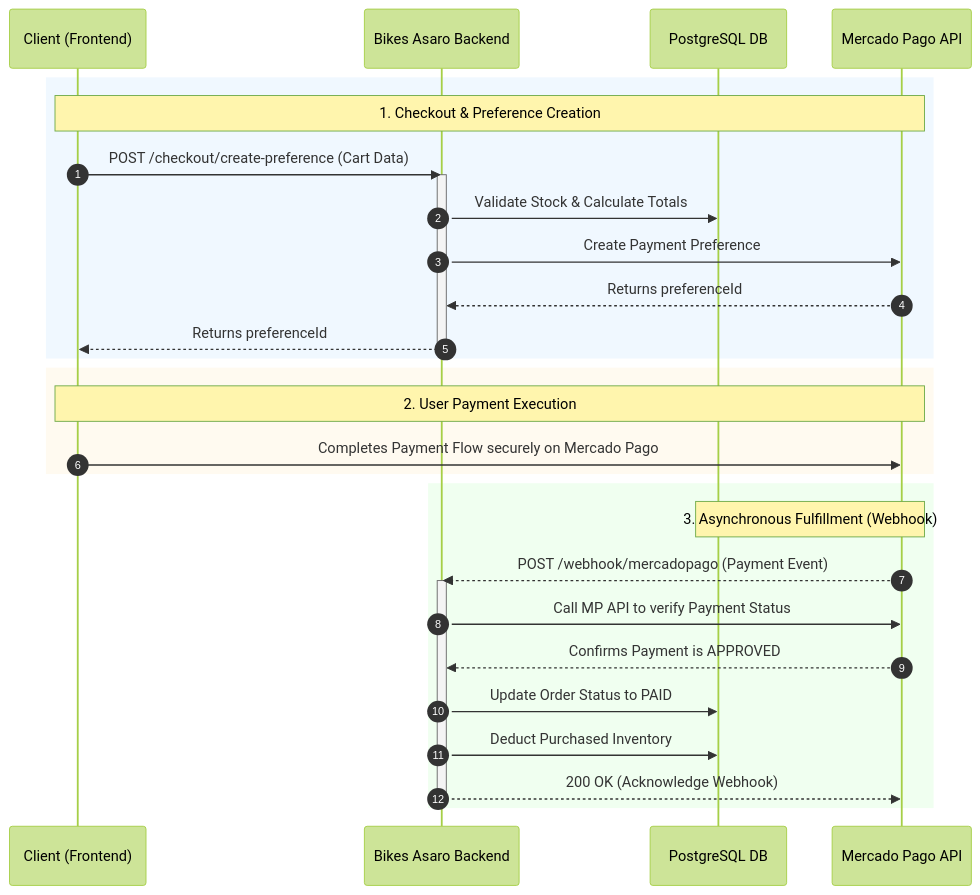
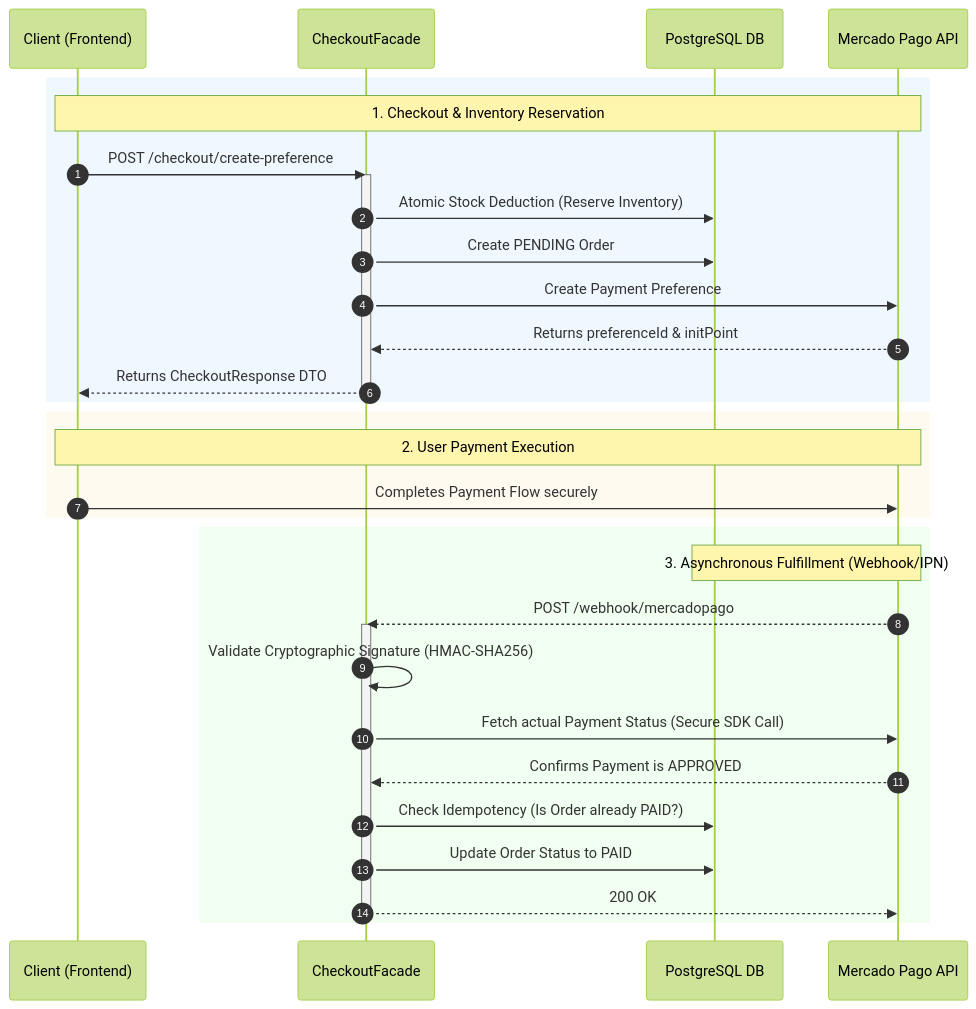
Before and after one commit to Salompablo/bikestore-api: the second of 2 diagrams in README.md, drawn with Mermaid (forest theme). The commit also changed other lines of this file, not shown here.

Commit message:
Refine features and update checkout process details
Updated README to clarify account lifecycle management and enhanced checkout features.

````diff
--- a/README.md
+++ b/README.md
@@ -93,39 +94,41 @@
 ```mermaid
 sequenceDiagram
     autonumber
     participant C as Client (Frontend)
-    participant API as Bikes Asaro Backend
+    participant API as CheckoutFacade
     participant DB as PostgreSQL DB
     participant MP as Mercado Pago API
     
-    %% Phase 1: Preference Creation
+    %% Phase 1: Preference Creation & Reservation
     rect rgb(240, 248, 255)
-    Note over C, MP: 1. Checkout & Preference Creation
-    C->>API: POST /checkout/create-preference (Cart Data)
+    Note over C, MP: 1. Checkout & Inventory Reservation
+    C->>API: POST /checkout/create-preference
     activate API
-    API->>DB: Validate Stock & Calculate Totals
+    API->>DB: Atomic Stock Deduction (Reserve Inventory)
+    API->>DB: Create PENDING Order
     API->>MP: Create Payment Preference
-    MP-->>API: Returns preferenceId
-    API-->>C: Returns preferenceId
+    MP-->>API: Returns preferenceId & initPoint
+    API-->>C: Returns CheckoutResponse DTO
     deactivate API
     end
     
     %% Phase 2: User Payment
     rect rgb(255, 250, 240)
     Note over C, MP: 2. User Payment Execution
-    C->>MP: Completes Payment Flow securely on Mercado Pago
+    C->>MP: Completes Payment Flow securely
     end
     
     %% Phase 3: Webhook & Fulfillment
     rect rgb(240, 255, 240)
-    Note over MP, DB: 3. Asynchronous Fulfillment (Webhook)
-    MP-->>API: POST /webhook/mercadopago (Payment Event)
+    Note over MP, DB: 3. Asynchronous Fulfillment (Webhook/IPN)
+    MP-->>API: POST /webhook/mercadopago
     activate API
-    API->>MP: Call MP API to verify Payment Status
+    API->>API: Validate Cryptographic Signature (HMAC-SHA256)
+    API->>MP: Fetch actual Payment Status (Secure SDK Call)
     MP-->>API: Confirms Payment is APPROVED
+    API->>DB: Check Idempotency (Is Order already PAID?)
     API->>DB: Update Order Status to PAID
-    API->>DB: Deduct Purchased Inventory
-    API-->>MP: 200 OK (Acknowledge Webhook)
+    API-->>MP: 200 OK
     deactivate API
     end
 ```
````
